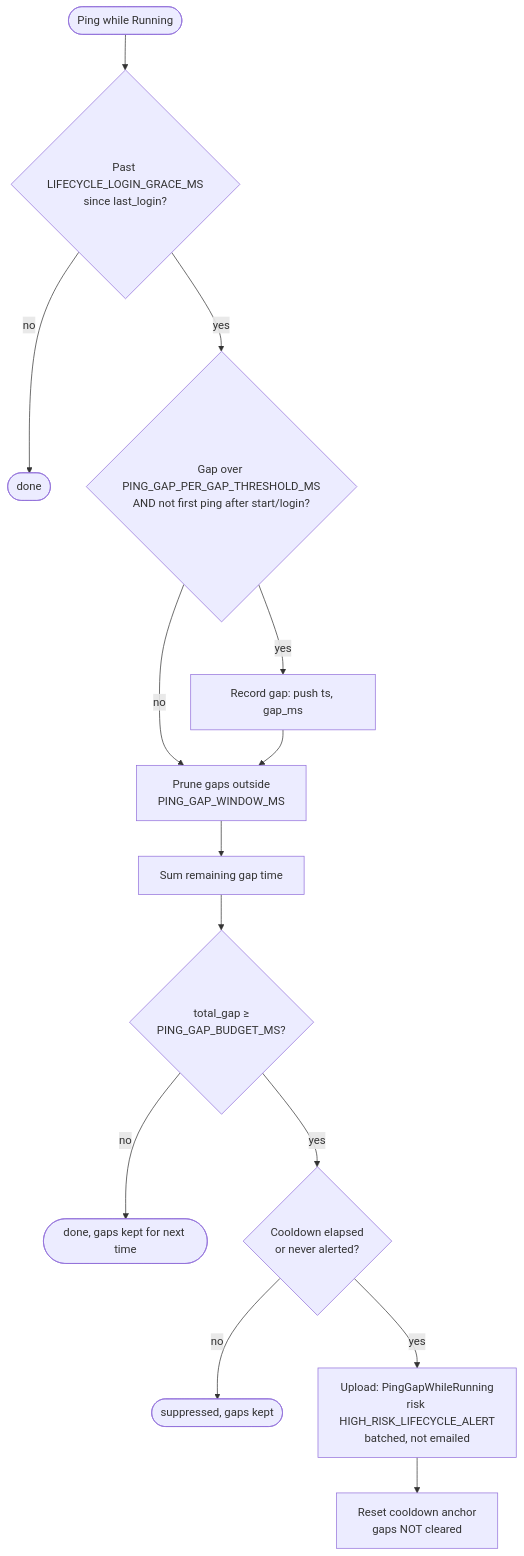
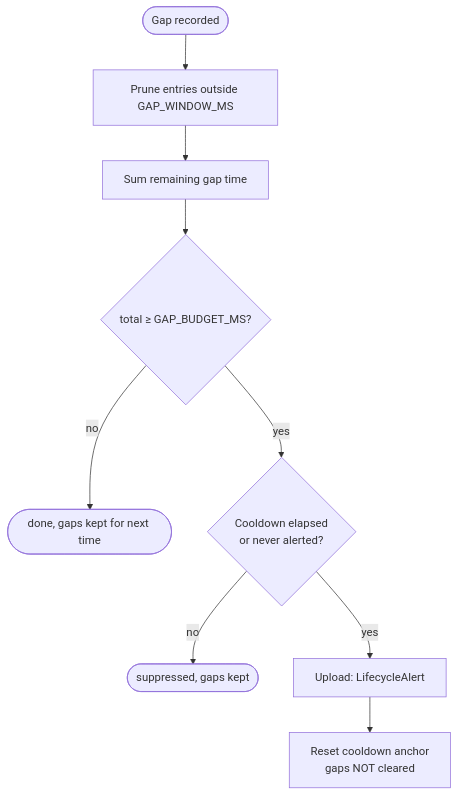
Before and after one commit to virtue-initiative/virtue-initiative: the third of 3 diagrams in landing/src/content/help/developer/lifecycle.md, drawn with Mermaid. The commit also changed other lines of this file and 42 other files, not shown here.

````diff
--- a/landing/src/content/help/developer/lifecycle.md
+++ b/landing/src/content/help/developer/lifecycle.md
@@ -105,16 +122,11 @@
 ```mermaid
 flowchart TD
-    P([Ping while Running]) --> Grace{Past LIFECYCLE_LOGIN_GRACE_MS\nsince last_login?}
-    Grace -->|no| Done1([done])
-    Grace -->|yes| Threshold{Gap over PING_GAP_PER_GAP_THRESHOLD_MS\nAND not first ping after start/login?}
-    Threshold -->|no| Prune
-    Threshold -->|yes| Record[Record gap: push ts, gap_ms]
-    Record --> Prune[Prune gaps outside\nPING_GAP_WINDOW_MS]
+    G([Gap recorded]) --> Prune[Prune entries outside GAP_WINDOW_MS]
     Prune --> Sum[Sum remaining gap time]
-    Sum --> Budget{total_gap ≥\nPING_GAP_BUDGET_MS?}
-    Budget -->|no| Done2([done, gaps kept for next time])
+    Sum --> Budget{total ≥ GAP_BUDGET_MS?}
+    Budget -->|no| Done1([done, gaps kept for next time])
     Budget -->|yes| Cooldown{Cooldown elapsed\nor never alerted?}
-    Cooldown -->|no| Done3([suppressed, gaps kept])
-    Cooldown -->|yes| Alert[Upload: PingGapWhileRunning\nrisk HIGH_RISK_LIFECYCLE_ALERT\nbatched, not emailed]
+    Cooldown -->|no| Done2([suppressed, gaps kept])
+    Cooldown -->|yes| Alert[Upload: LifecycleAlert]
     Alert --> Reset[Reset cooldown anchor\ngaps NOT cleared]
 ```
````
